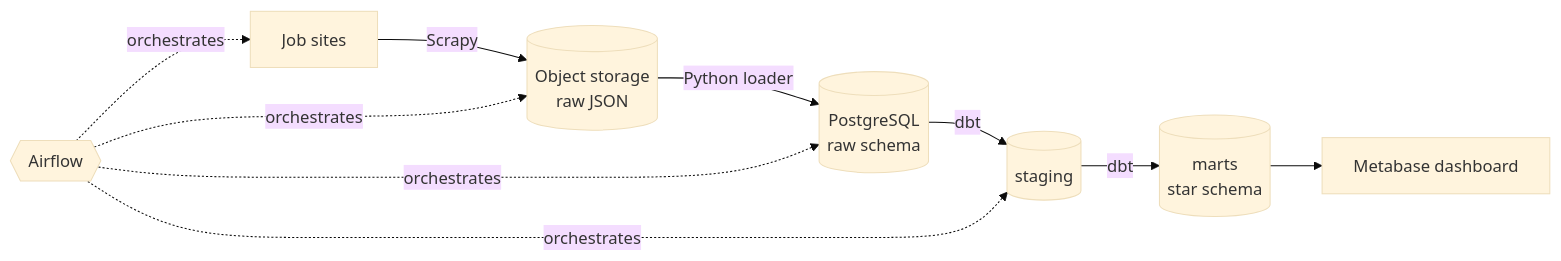
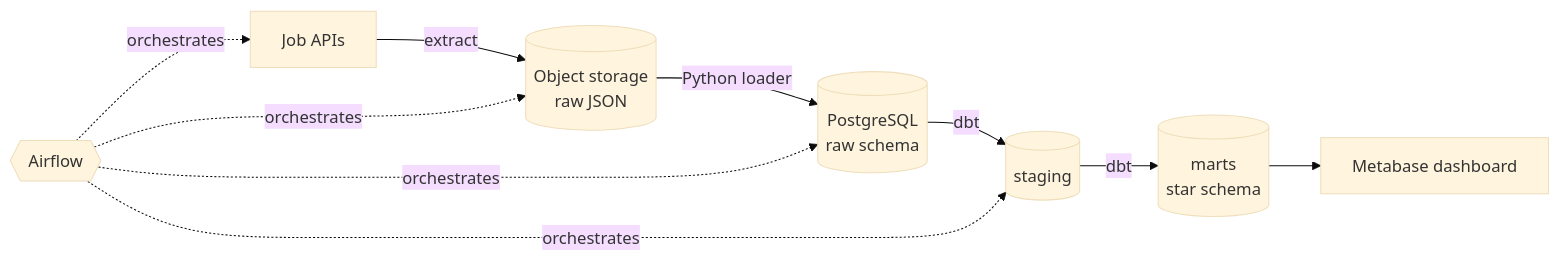
Before and after one commit to AstritJ/job-postings-elt: the first of 2 diagrams in README.md, drawn with Mermaid (base theme). The commit also changed other lines of this file and 13 other files, not shown here.

Commit message:
Phase 2: extract from job APIs to object storage, idempotent load to raw

````diff
--- a/README.md
+++ b/README.md
@@ -13,9 +13,9 @@
 ```mermaid
 flowchart LR
-    A[Job sites] -->|Scrapy| B[(Object storage<br/>raw JSON)]
+    A[Job APIs] -->|extract| B[(Object storage<br/>raw JSON)]
     B -->|Python loader| C[(PostgreSQL<br/>raw schema)]
     C -->|dbt| D[(staging)]
     D -->|dbt| E[(marts<br/>star schema)]
     E --> F[Metabase dashboard]
     G{{Airflow}} -.orchestrates.-> A & B & C & D
 ```
````
